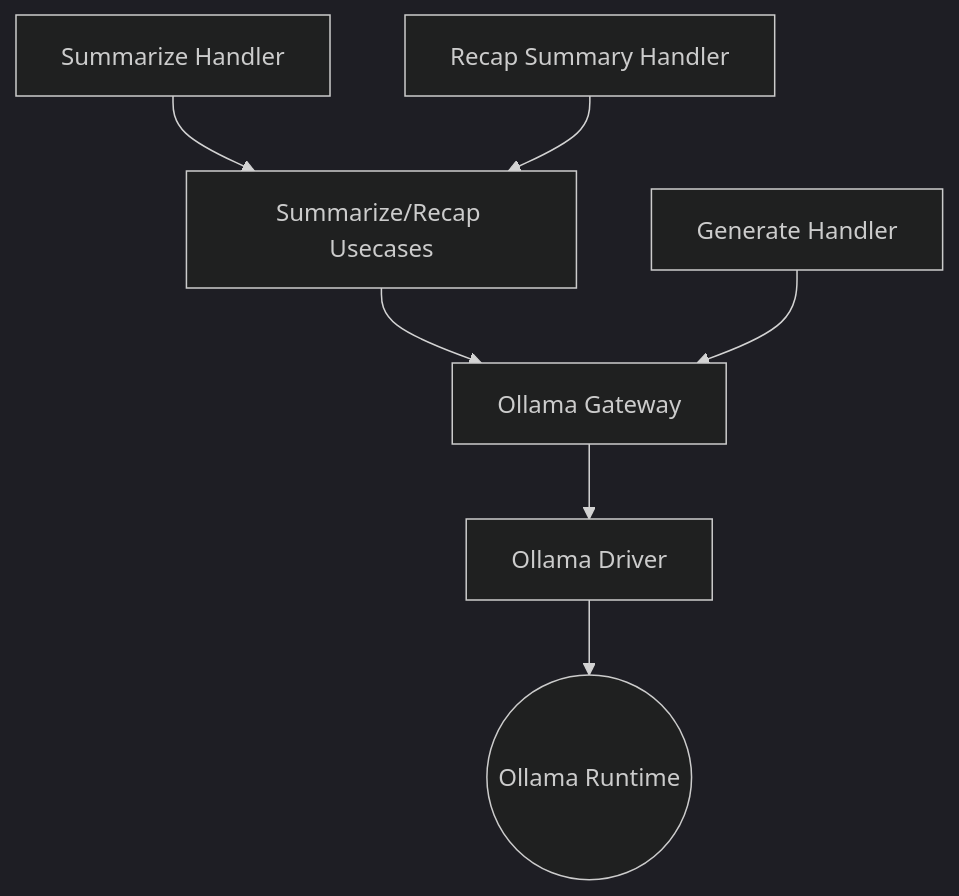
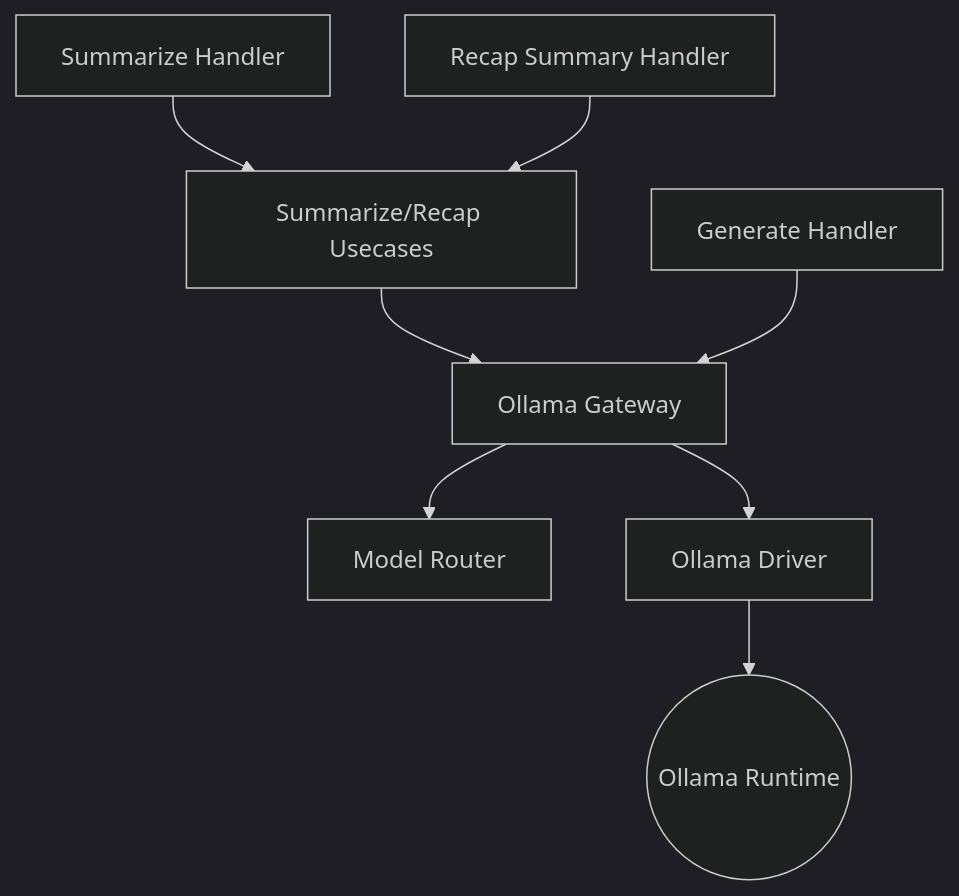
One commit to Kaikei-e/Alt changed the diagram in docs/news-creator.md. Above: the diagram before and after it, drawn with Mermaid (dark theme). The commit also changed other lines of this file, not shown here.

````diff
--- a/docs/news-creator.md
+++ b/docs/news-creator.md
@@ -22,16 +23,18 @@
 ```mermaid
 flowchart TD
     Summarize[Summarize Handler]
     Generate[Generate Handler]
     Recap[Recap Summary Handler]
     Usecase[Summarize/Recap Usecases]
     Gate[Ollama Gateway]
+    Router[Model Router]
     Driver[Ollama Driver]
     Ollama((Ollama Runtime))
 
     Summarize --> Usecase
     Recap --> Usecase
     Usecase --> Gate
+    Gate --> Router
     Gate --> Driver --> Ollama
     Generate --> Gate
 ```
````
